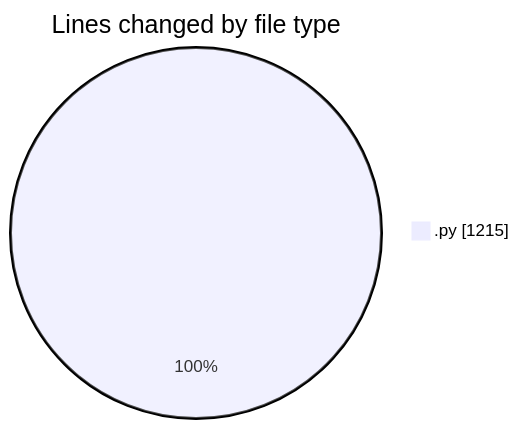
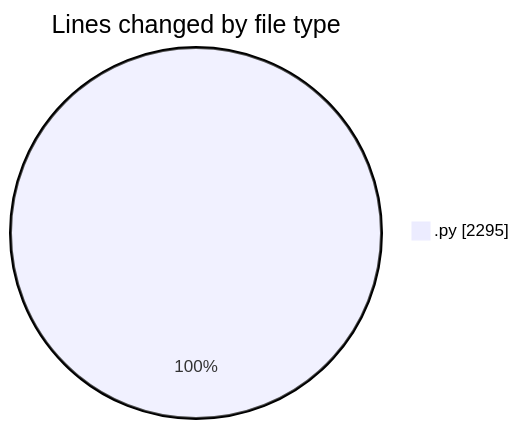
The first of 2 diagrams in 2026-05-29/assignment_3/README.md (Unknowalive/code-tracking), drawn with Mermaid before and after one commit. The commit also changed other lines of this file and 1 other file, not shown here.

````diff
--- a/2026-05-29/assignment_3/README.md
+++ b/2026-05-29/assignment_3/README.md
@@ -22,5 +25,5 @@
 ```mermaid
 pie showData
 title Lines changed by file type
-".py" : 1215
+".py" : 2295
 ```
````
